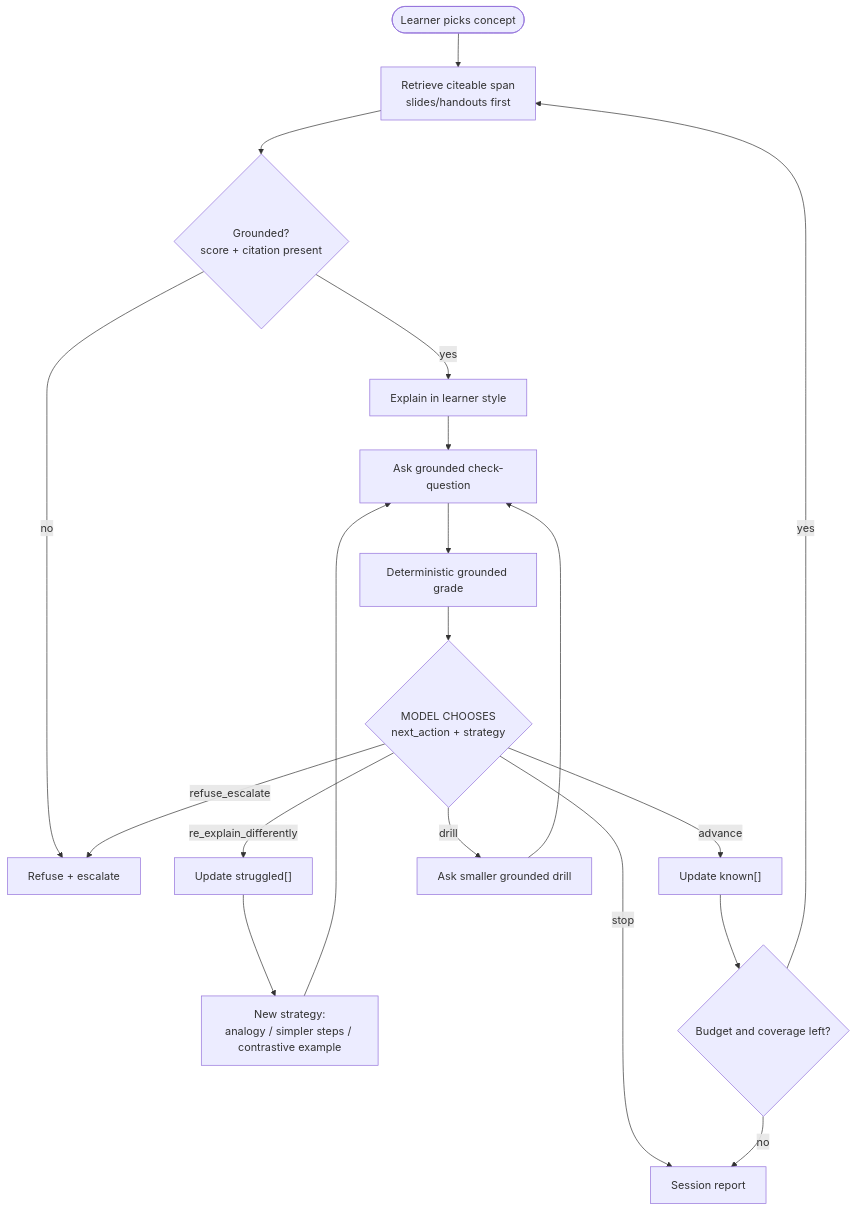
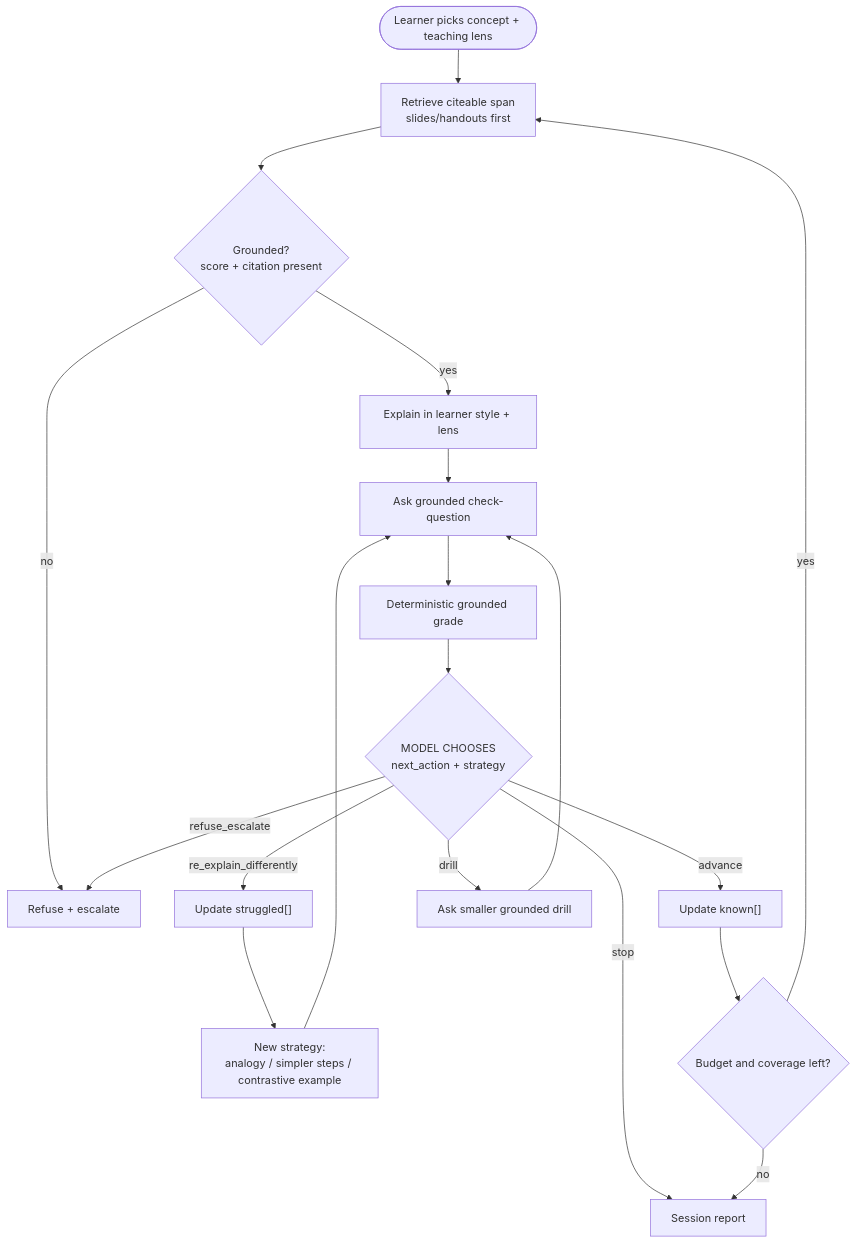
Before and after one commit to manjunath84/genacademy-coach: the second of 7 diagrams in docs/architecture-diagrams.md, drawn with Mermaid. The commit also changed other lines of this file and 6 other files, not shown here.

````diff
--- a/docs/architecture-diagrams.md
+++ b/docs/architecture-diagrams.md
@@ -85,21 +87,21 @@
 ```mermaid
 flowchart TD
-    Start([Learner picks concept]) --> Retrieve["Retrieve citeable span\nslides/handouts first"]
+    Start([Learner picks concept + teaching lens]) --> Retrieve["Retrieve citeable span\nslides/handouts first"]
     Retrieve --> Ground{"Grounded?\nscore + citation present"}
     Ground -->|no| Refuse["Refuse + escalate"]
-    Ground -->|yes| Explain["Explain in learner style"]
+    Ground -->|yes| Explain["Explain in learner style + lens"]
     Explain --> Check["Ask grounded check-question"]
     Check --> Grade["Deterministic grounded grade"]
     Grade --> Decide{"MODEL CHOOSES\nnext_action + strategy"}
     Decide -->|advance| Known["Update known[]"]
     Decide -->|re_explain_differently| Struggle["Update struggled[]"]
     Decide -->|drill| Drill["Ask smaller grounded drill"]
     Decide -->|refuse_escalate| Refuse
     Decide -->|stop| Report["Session report"]
     Struggle --> ReExplain["New strategy:\nanalogy / simpler steps / contrastive example"]
     ReExplain --> Check
     Drill --> Check
     Known --> Continue{"Budget and coverage left?"}
     Continue -->|yes| Retrieve
     Continue -->|no| Report
 ```
````
